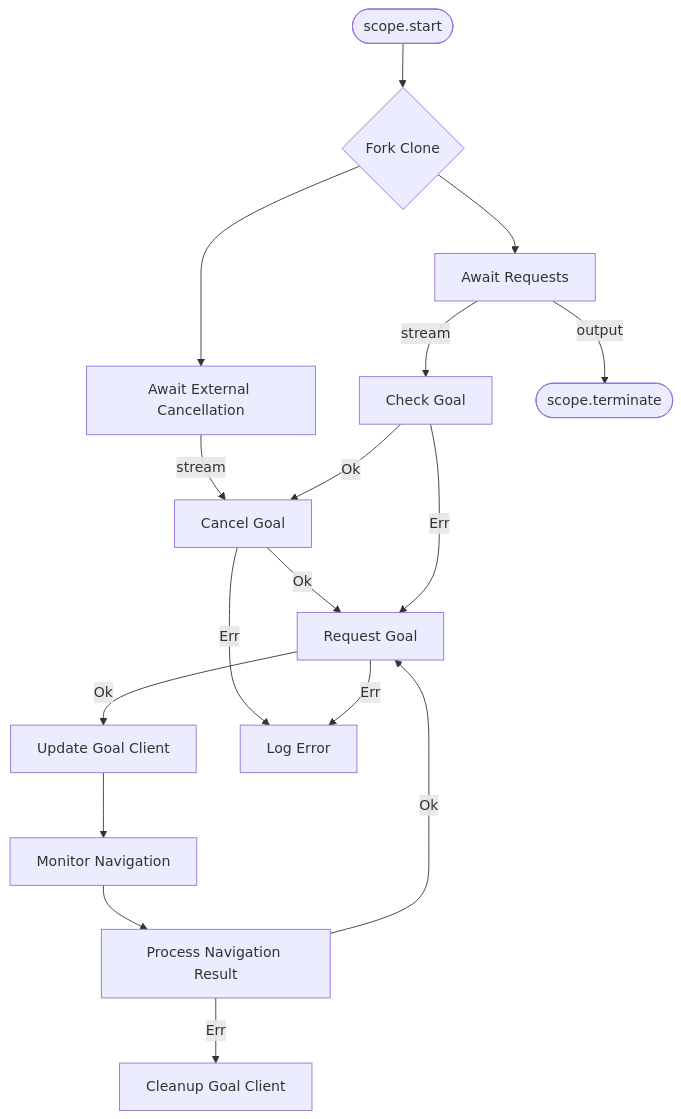
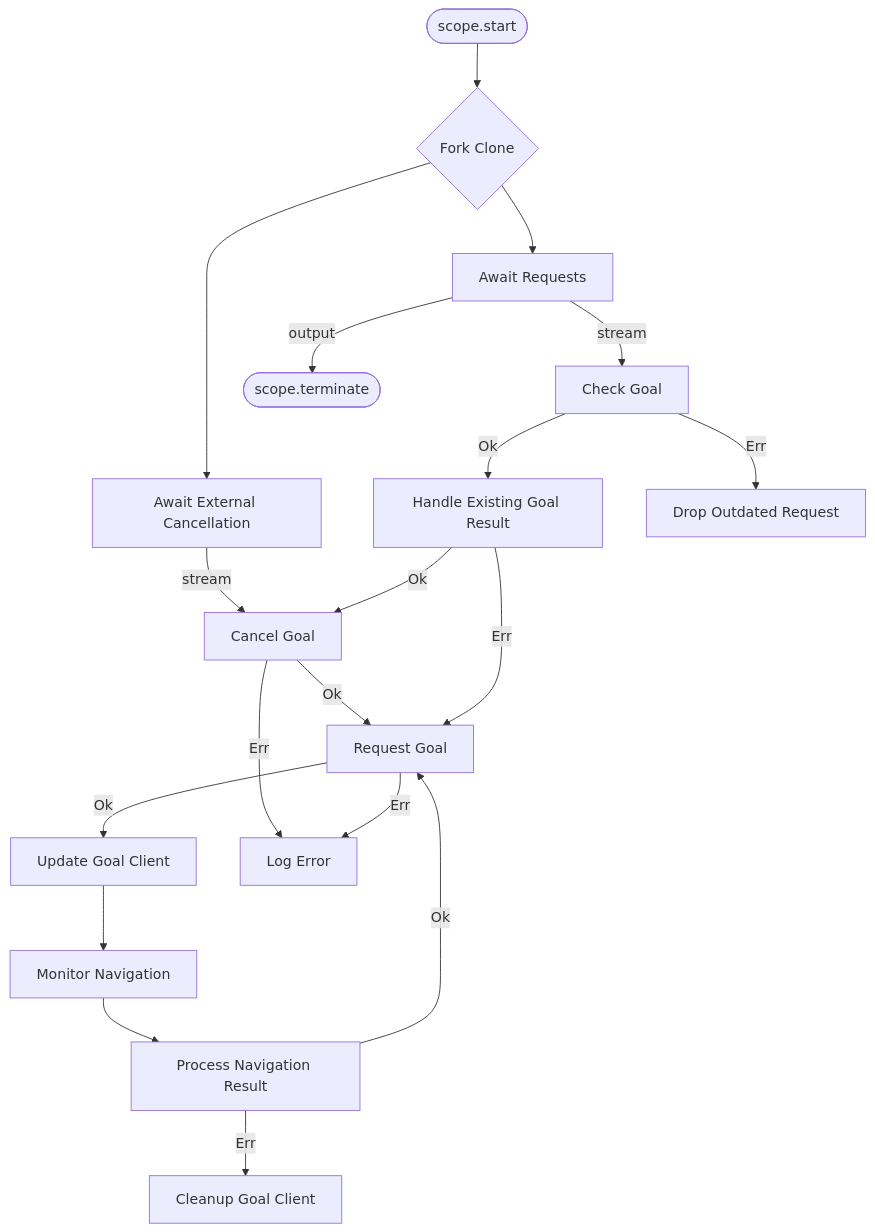
One commit to open-rmf/next_gen_prototype changed the first of 2 diagrams in nav2_integration/rmf_nav2_traffic/README.md. Above: the diagram before and after it, drawn with Mermaid. The commit also changed other lines of this file and 2 other files, not shown here.

Commit message:
Add clearer description

````diff
--- a/nav2_integration/rmf_nav2_traffic/README.md
+++ b/nav2_integration/rmf_nav2_traffic/README.md
@@ -10,27 +10,30 @@
 ```mermaid
 graph TD
     Start([scope.start]) --> ForkClone{Fork Clone}
     
     ForkClone --> AwaitReq[Await Requests]
     ForkClone --> AwaitExtCancel[Await External Cancellation]
     
     AwaitExtCancel -->|stream| CancelGoal[Cancel Goal]
     AwaitReq -->|stream| CheckGoal[Check Goal]
     
-    CheckGoal -->|Ok| CancelGoal
+    CheckGoal -->|Ok| HandleExisting[Handle Existing Goal Result]
+    CheckGoal -->|Err| Drop[Drop Outdated Request]
+    
+    HandleExisting -->|Ok| CancelGoal
     CancelGoal -->|Ok| RequestGoal[Request Goal]
     
-    CheckGoal -->|Err| RequestGoal
+    HandleExisting -->|Err| RequestGoal
     
     RequestGoal -->|Ok| UpdateGoal[Update Goal Client]
     UpdateGoal --> MonitorGoal[Monitor Navigation]
     MonitorGoal --> ProcessNav[Process Navigation Result]
 
     ProcessNav -->|Ok| RequestGoal
     ProcessNav -->|Err| CleanupGoal[Cleanup Goal Client]
     
     CancelGoal -->|Err| LogError[Log Error]
     RequestGoal -->|Err| LogError
 
     AwaitReq -->|output| Terminate([scope.terminate])
 ```
````
